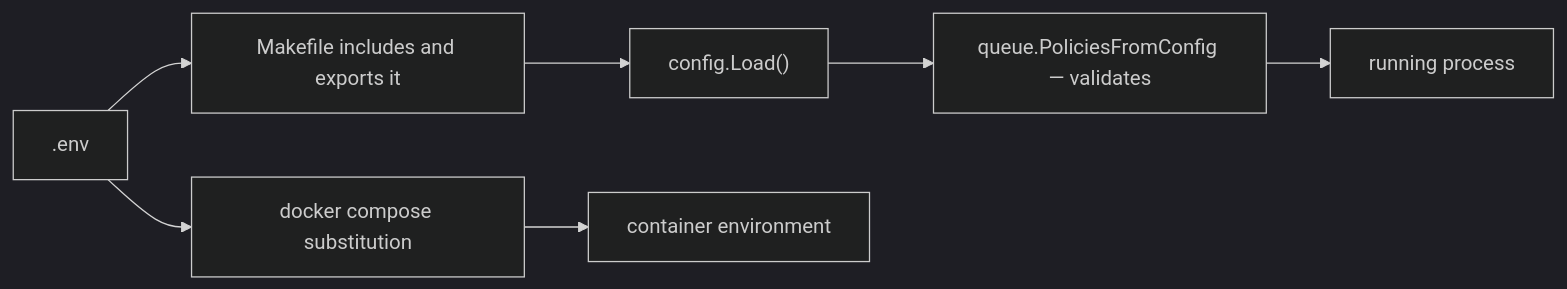
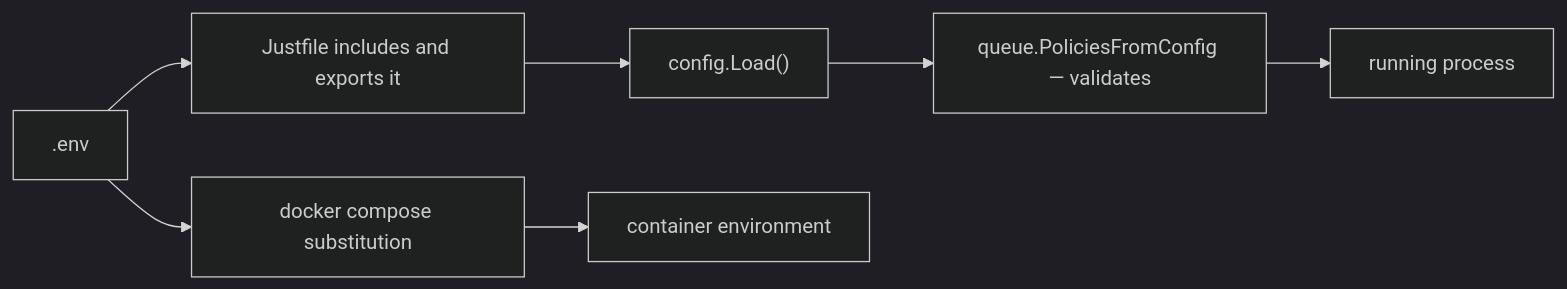
Before and after one commit to nonamecat19/job-finder: the diagram in docs/docs/operations/configuration-reference.md, drawn with Mermaid (dark theme). The commit also changed other lines of this file and 26 other files, not shown here.

````diff
--- a/docs/docs/operations/configuration-reference.md
+++ b/docs/docs/operations/configuration-reference.md
@@ -12,9 +12,9 @@
 ```mermaid
 flowchart LR
-    F[".env"] --> MK["Makefile includes and exports it"]
+    F[".env"] --> MK["Justfile includes and exports it"]
     F --> DC["docker compose substitution"]
     MK --> GO["config.Load()"]
     DC --> SVC["container environment"]
     GO --> VAL["queue.PoliciesFromConfig — validates"]
     VAL --> RUN["running process"]
 ```
````
